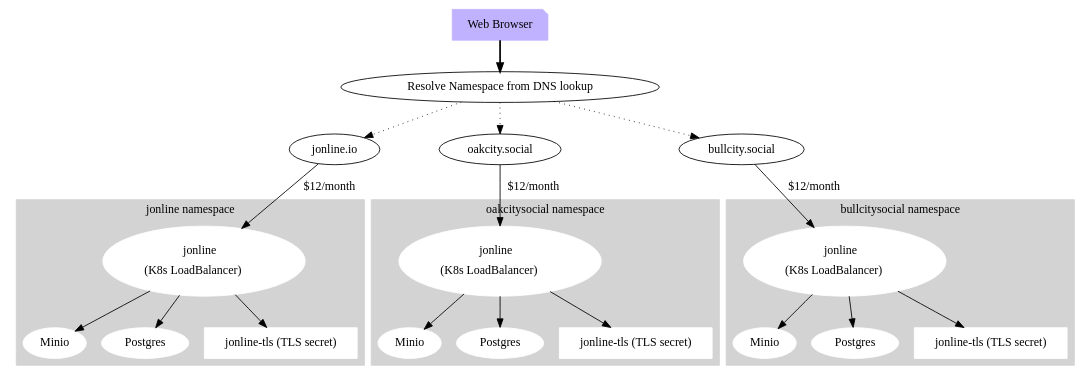
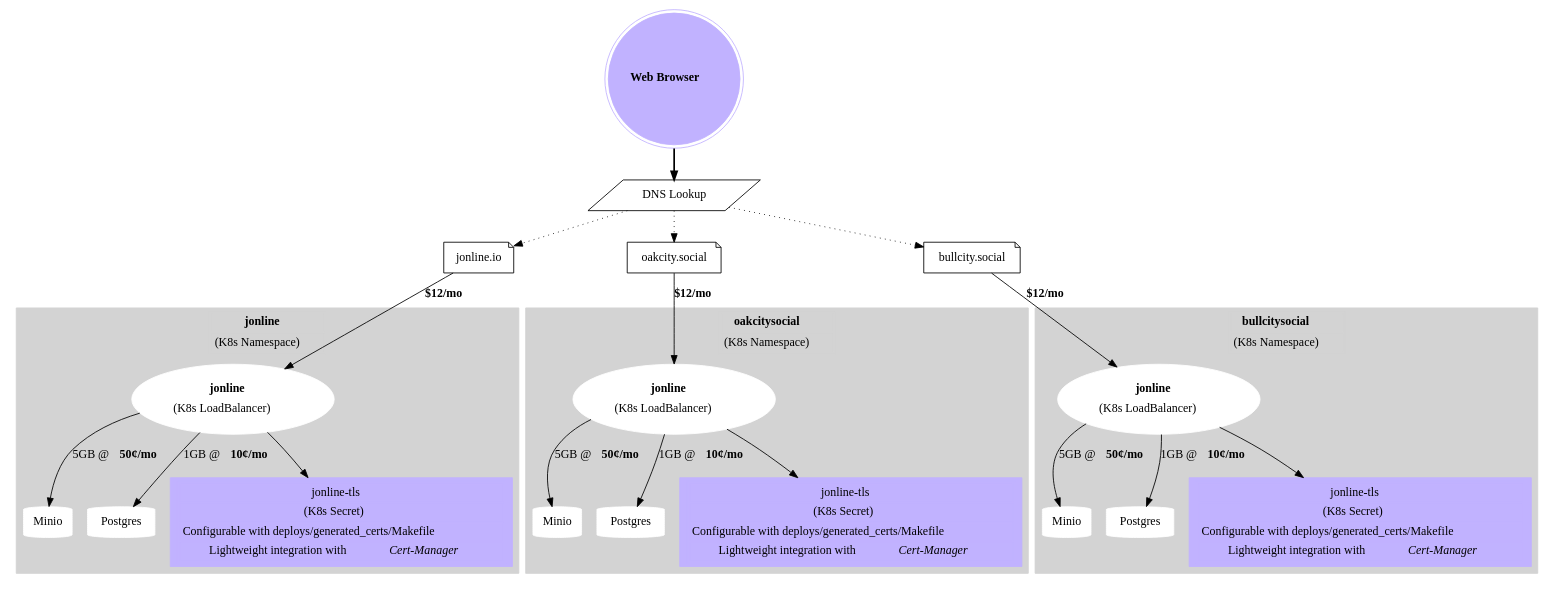
Before and after one commit to JonLatane/jonline: the diagram in docs/architecture/Kubernetes_Deployment.dot, drawn with Graphviz. The commit also changed 10 other files, not shown here.

```diff
--- a/docs/architecture/Kubernetes_Deployment.dot
+++ b/docs/architecture/Kubernetes_Deployment.dot
@@ -1,93 +1,77 @@
 digraph G {
   size = "100,100";
-  browser [shape = note;style = filled;color = ".7 .3 1.0";label = "Web Browser";];
+  browser [shape = doublecircle;style = filled;color = ".7 .3 1.0";label = <<b>Web Browser</b>>;];
+  resolve_dns [shape=parallelogram label = "DNS Lookup";];
+  browser -> resolve_dns [style = bold;];
+  jonlineio [shape=note label = "jonline.io";];
+  oakcitysocial [shape=note label = "oakcity.social";];
+  bullcitysocial [shape=note label = "bullcity.social";];
   
-  
-  
-  resolve_namespace [label = "Resolve Namespace from DNS lookup";];
-  browser -> resolve_namespace [style = bold;];
-  jonlineio [label = "jonline.io";];
-  oakcitysocial [label = "oakcity.social";];
-  bullcitysocial [label = "bullcity.social";];
-  
-  resolve_namespace -> jonlineio [style = dotted;];
-  resolve_namespace -> oakcitysocial [style = dotted;];
-  resolve_namespace -> bullcitysocial [style = dotted;];
+  resolve_dns -> jonlineio [style = dotted;];
+  resolve_dns -> oakcitysocial [style = dotted;];
+  resolve_dns -> bullcitysocial [style = dotted;];
   
   subgraph cluster0 {
-    label = "jonline namespace";
+    label = <<table><tr><td><b>jonline</b></td></tr><tr><td>(K8s Namespace)</td></tr></table>>;
     node [style = filled; color = white;];
     style = filled;
     color = lightgrey;
     
-    jonline0 [label = <<table><tr><td>jonline</td></tr><tr><td>(K8s LoadBalancer)</td></tr></table>>];
-    minio0 [label = "Minio";];
-    postgres0 [label = "Postgres";];
-    tls0 [shape = "box";label = "jonline-tls (TLS secret)";];
+    jonline0 [label = <<table><tr><td><b>jonline</b></td></tr><tr><td>(K8s LoadBalancer)</td></tr></table>>];
+    minio0 [shape=cylinder label = "Minio";];
+    postgres0 [shape=cylinder label = "Postgres";];
+    tls0 [shape = "box";color = ".7 .3 1.0";label = <<table><tr><td>jonline-tls</td></tr><tr><td>(K8s Secret)</td></tr><tr><td>Configurable with deploys/generated_certs/Makefile</td></tr><tr><td>Lightweight integration with <i>Cert-Manager</i></td></tr></table>>;];
     
-    jonline0 -> minio0;
-    jonline0 -> postgres0;
+    jonline0 -> minio0 [label=<5GB @ <b>50¢/mo</b>>];
+    jonline0 -> postgres0 [label=<1GB @ <b>10¢/mo</b>>];
     jonline0 -> tls0;
-    
-    
-    // certs [shape = box;style = filled;color = ".7 .3 1.0" label = <
-    // <table>
-    //   <tr>
-    //     <td>TLS/SSL Cert Management</td>
-    //   </tr>
-    //   <tr>
-    //     <td>Based on K8s ClusterRoles and RoleBinding</td>
-    //   </tr>
-    // </table>
-    // >];
   }
   
-  jonlineio -> jonline0 [label="$12/month"];
-  // certs -> jbl;
+  jonlineio -> jonline0 [label=<<b>$12/mo</b>>];
   
   subgraph cluster1 {
-    label = "oakcitysocial namespace";
+    label = <<table><tr><td><b>oakcitysocial</b></td></tr><tr><td>(K8s Namespace)</td></tr></table>>;
     node [style = filled; color = white;];
     style = filled;
     color = lightgrey;
     
-    jonline1 [label = <<table><tr><td>jonline</td></tr><tr><td>(K8s LoadBalancer)</td></tr></table>>;];
-    minio1 [label = "Minio";];
-    postgres1 [label = "Postgres";];
+    jonline1 [label = <<table><tr><td><b>jonline</b></td></tr><tr><td>(K8s LoadBalancer)</td></tr></table>>;];
+    minio1 [shape=cylinder label = "Minio";];
+    postgres1 [shape=cylinder label = "Postgres";];
     
-    jonline1 -> minio1;
-    jonline1 -> postgres1;
-    tls1 [shape = "box";label = "jonline-tls (TLS secret)";];
+    jonline1 -> minio1 [label=<5GB @ <b>50¢/mo</b>>];
+    jonline1 -> postgres1 [label=<1GB @ <b>10¢/mo</b>>];
+    tls1 [shape = "box";color = ".7 .3 1.0";label = <<table><tr><td>jonline-tls</td></tr><tr><td>(K8s Secret)</td></tr><tr><td>Configurable with deploys/generated_certs/Makefile</td></tr><tr><td>Lightweight integration with <i>Cert-Manager</i></td></tr></table>>;];
     jonline1 -> tls1;
   }
-  oakcitysocial -> jonline1 [label="$12/month"];
+  oakcitysocial -> jonline1 [label=<<b>$12/mo</b>>];
   
   subgraph cluster2 {
-    label = "bullcitysocial namespace";
+    label = <<table><tr><td><b>bullcitysocial</b></td></tr><tr><td>(K8s Namespace)</td></tr></table>>;
     node [style = filled; color = white;];
     style = filled;
     color = lightgrey;
     
-    jonline2 [label = <<table><tr><td>jonline</td></tr><tr><td>(K8s LoadBalancer)</td></tr></table>>;];
-    minio2 [label = "Minio";];
-    postgres2 [label = "Postgres";];
+    jonline2 [label = <<table><tr><td><b>jonline</b></td></tr><tr><td>(K8s LoadBalancer)</td></tr></table>>;];
+    minio2 [label = "Minio" shape=cylinder];
+    postgres2 [label = "Postgres" shape=cylinder];
     
-    jonline2 -> minio2;
-    jonline2 -> postgres2;
-    tls2 [shape = "box";label = "jonline-tls (TLS secret)";];
+    jonline2 -> minio2 [label=<5GB @ <b>50¢/mo</b>>];
+    jonline2 -> postgres2 [label=<1GB @ <b>10¢/mo</b>>];
+    tls2 [shape = "box";color = ".7 .3 1.0";label = <<table><tr><td>jonline-tls</td></tr><tr><td>(K8s Secret)</td></tr><tr><td>Configurable with deploys/generated_certs/Makefile</td></tr><tr><td>Lightweight integration with <i>Cert-Manager</i></td></tr></table>>;];
     jonline2 -> tls2;
   }
-  bullcitysocial -> jonline2 [label="$12/month"];
+  bullcitysocial -> jonline2 [label=<<b>$12/mo</b>>];
   
   // certs -> tls0;
   // certs -> tls1;
   // certs -> tls2;
-  // resolve_namespace ->  [style=dotted] bullcitysocial;
+  // resolve_dns ->  [style=dotted] bullcitysocial;
   // execute -> { make_string; printf}
   // jonlineio -> make_string;
   // edge [color=red];
   // jbl -> printf [style=bold,label="100 times"];
   // make_string [label="make a\nstring"];
   // node [shape=box,style=filled,color=".7 .3 1.0"];
   // execute -> compare;
 }
```
